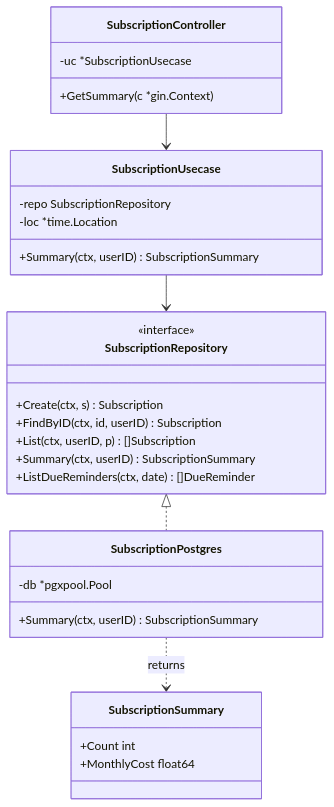
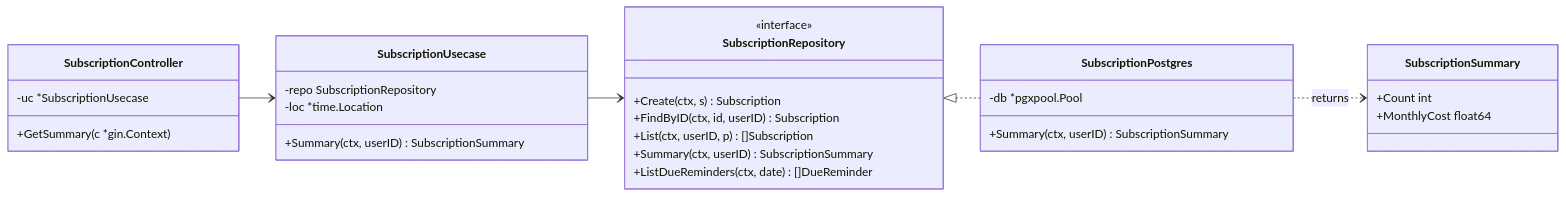
The fourth of 6 diagrams in docs/diagrams.md (polar-bear-cu/sgt-deploy), drawn with Mermaid before and after one commit. The commit also changed other lines of this file, not shown here.

Commit message:
fix: mermaid diagram

````diff
--- a/docs/diagrams.md
+++ b/docs/diagrams.md
@@ -97,33 +98,34 @@
 ```mermaid
 classDiagram
+    direction LR
     class SubscriptionController {
         -uc *SubscriptionUsecase
         +GetSummary(c *gin.Context)
     }
     class SubscriptionUsecase {
         -repo SubscriptionRepository
         -loc *time.Location
         +Summary(ctx, userID) SubscriptionSummary
     }
     class SubscriptionRepository {
         <<interface>>
         +Create(ctx, s) Subscription
         +FindByID(ctx, id, userID) Subscription
         +List(ctx, userID, p) []Subscription
         +Summary(ctx, userID) SubscriptionSummary
         +ListDueReminders(ctx, date) []DueReminder
     }
     class SubscriptionPostgres {
         -db *pgxpool.Pool
         +Summary(ctx, userID) SubscriptionSummary
     }
     class SubscriptionSummary {
         +Count int
         +MonthlyCost float64
     }
 
     SubscriptionController --> SubscriptionUsecase
     SubscriptionUsecase --> SubscriptionRepository
     SubscriptionRepository <|.. SubscriptionPostgres
     SubscriptionPostgres ..> SubscriptionSummary : returns
 ```
````
